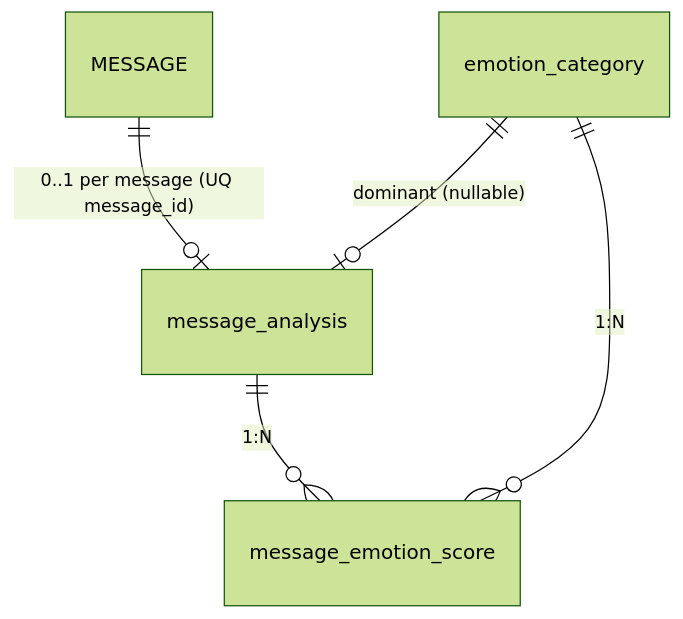
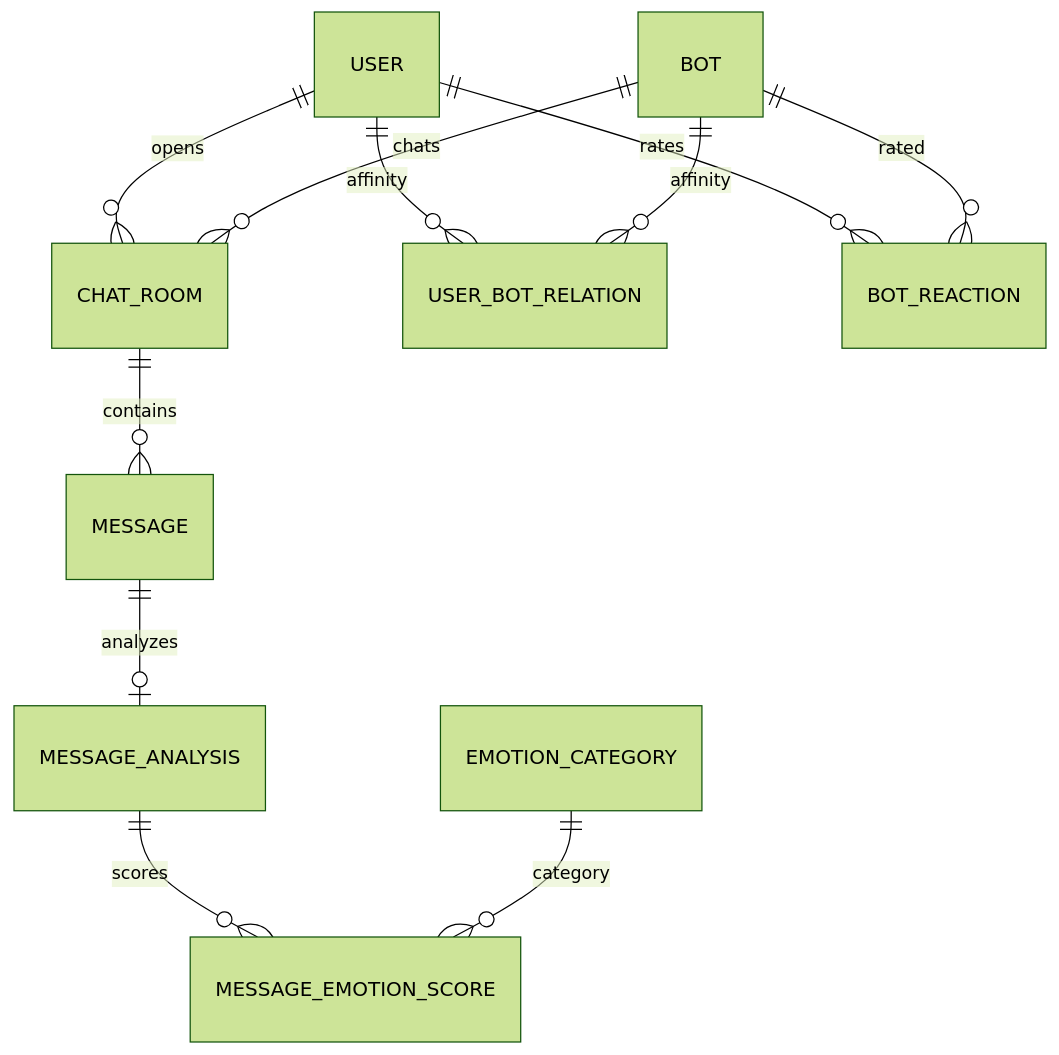
One commit to odorable-code/matey changed the diagram in 상담_메시지_DB_저장.md. Above: the diagram before and after it, drawn with Mermaid (forest theme). The commit also changed other lines of this file and 31 other files, not shown here.

````diff
--- a/상담_메시지_DB_저장.md
+++ b/상담_메시지_DB_저장.md
@@ -141,7 +291,13 @@
 ```mermaid
 erDiagram
-    MESSAGE ||--o| message_analysis : "0..1 per message (UQ message_id)"
-    message_analysis ||--o{ message_emotion_score : "1:N"
-    emotion_category ||--o{ message_emotion_score : "1:N"
-    emotion_category ||--o| message_analysis : "dominant (nullable)"
+    USER ||--o{ CHAT_ROOM : opens
+    BOT ||--o{ CHAT_ROOM : chats
+    CHAT_ROOM ||--o{ MESSAGE : contains
+    MESSAGE ||--o| MESSAGE_ANALYSIS : analyzes
+    MESSAGE_ANALYSIS ||--o{ MESSAGE_EMOTION_SCORE : scores
+    EMOTION_CATEGORY ||--o{ MESSAGE_EMOTION_SCORE : category
+    USER ||--o{ USER_BOT_RELATION : affinity
+    BOT ||--o{ USER_BOT_RELATION : affinity
+    USER ||--o{ BOT_REACTION : rates
+    BOT ||--o{ BOT_REACTION : rated
 ```
````
